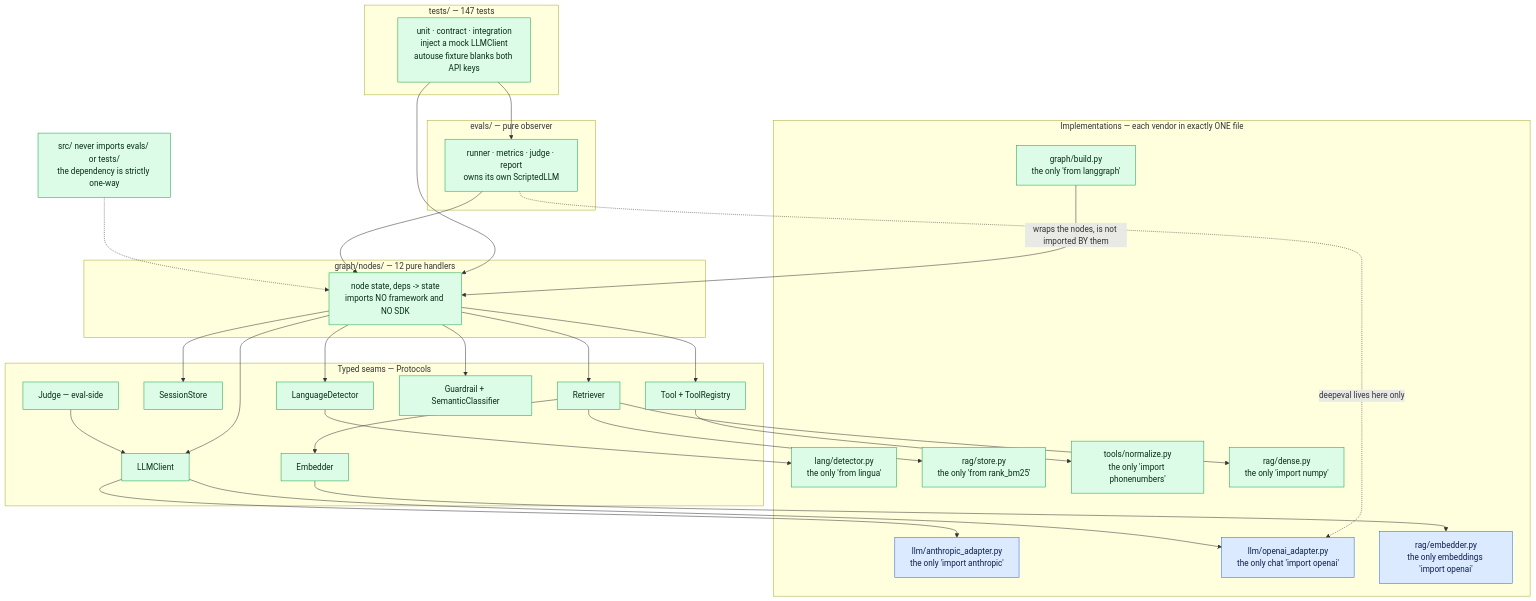
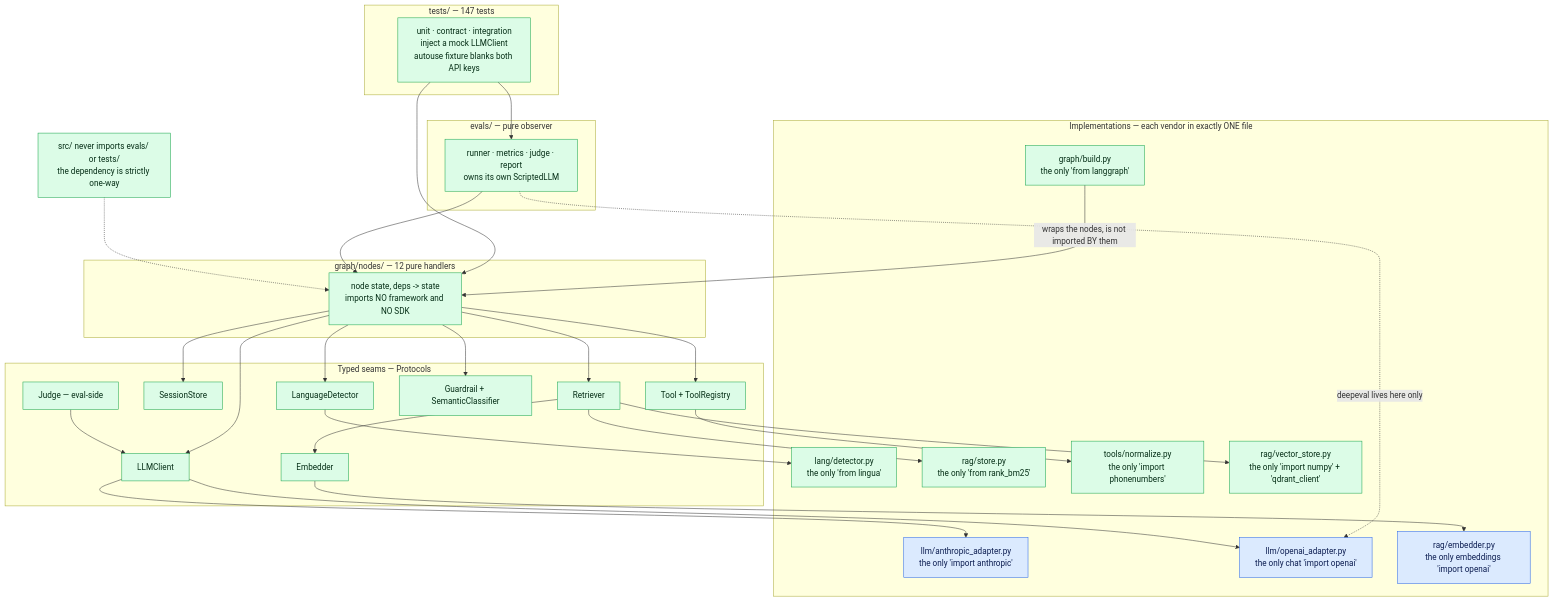
Before and after one commit to Deyber2000/zapp-ai-agent: the sixth of 6 diagrams in docs/system-flow.md, drawn with Mermaid. The commit also changed 2 other files, not shown here.

Commit message:
docs: reflect the Qdrant vector store on the retrieval/storage layer
The vector store shipped (PR #12) but the docs still described the pre-Qdrant
"no vector DB" design. Update:
- architecture.md ledger row 6: "No vector DB" → "Qdrant vector store, embedded
  by default" (server = one qdrant_url flip; cost: embedded :memory: doesn't
  persist, so vectors re-embed at process start).
- layer-2-retrieval.md Storage: describe the VectorStore seam (NumPy | Qdrant
  embedded/server), and reframe the scaling gap around persistence.
- system-flow.md isolation map: numpy/qdrant_client live in rag/vector_store.py
  now, not rag/dense.py.

````diff
--- a/docs/system-flow.md
+++ b/docs/system-flow.md
@@ -359,65 +359,65 @@
 ```mermaid
 flowchart TB
     subgraph tests["tests/ — 147 tests"]
         TT["unit · contract · integration<br/>inject a mock LLMClient<br/>autouse fixture blanks both API keys"]
     end
 
     subgraph ev["evals/ — pure observer"]
         EV["runner · metrics · judge · report<br/>owns its own ScriptedLLM"]
     end
 
     subgraph nodes["graph/nodes/ — 12 pure handlers"]
         ND["node state, deps -> state<br/>imports NO framework and NO SDK"]
     end
 
     subgraph seams["Typed seams — Protocols"]
         P1["LLMClient"]
         P2["Retriever"]
         P3["Embedder"]
         P4["SessionStore"]
         P5["LanguageDetector"]
         P6["Tool + ToolRegistry"]
         P7["Guardrail + SemanticClassifier"]
         P8["Judge — eval-side"]
     end
 
     subgraph impls["Implementations — each vendor in exactly ONE file"]
         I1["llm/anthropic_adapter.py<br/>the only 'import anthropic'"]
         I2["llm/openai_adapter.py<br/>the only chat 'import openai'"]
         I3["rag/embedder.py<br/>the only embeddings 'import openai'"]
         I4["graph/build.py<br/>the only 'from langgraph'"]
         I5["lang/detector.py<br/>the only 'from lingua'"]
         I6["rag/store.py<br/>the only 'from rank_bm25'"]
         I7["tools/normalize.py<br/>the only 'import phonenumbers'"]
-        I8["rag/dense.py<br/>the only 'import numpy'"]
+        I8["rag/vector_store.py<br/>the only 'import numpy' + 'qdrant_client'"]
     end
 
     TT --> EV
     TT --> ND
     EV --> ND
     EV -.->|"deepeval lives here only"| I2
     ND --> P1
     ND --> P2
     ND --> P4
     ND --> P5
     ND --> P6
     ND --> P7
     P1 --> I1
     P1 --> I2
     P2 --> I6
     P2 --> I8
     P3 --> I3
     P2 --> P3
     P5 --> I5
     P6 --> I7
     P8 --> P1
     I4 -->|"wraps the nodes, is not imported BY them"| ND
 
     NEV["src/ never imports evals/ or tests/<br/>the dependency is strictly one-way"]
     NEV -.-> ND
 
     classDef det fill:#dcfce7,stroke:#16a34a,color:#052e16;
     classDef llm fill:#dbeafe,stroke:#2563eb,color:#0c1d51;
     class TT,EV,ND,P1,P2,P3,P4,P5,P6,P7,P8,I4,I5,I6,I7,I8,NEV det;
     class I1,I2,I3 llm;
 ```
````
